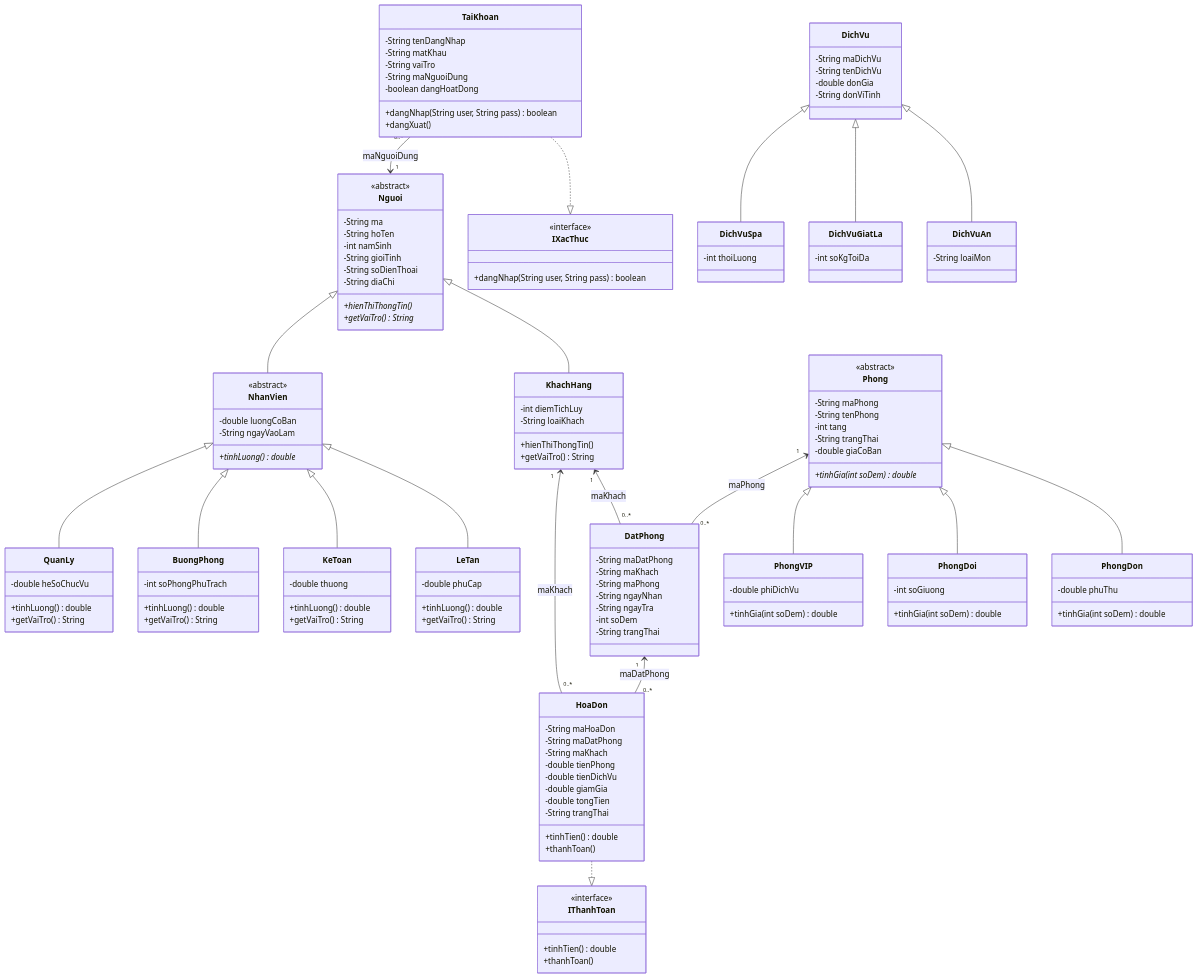
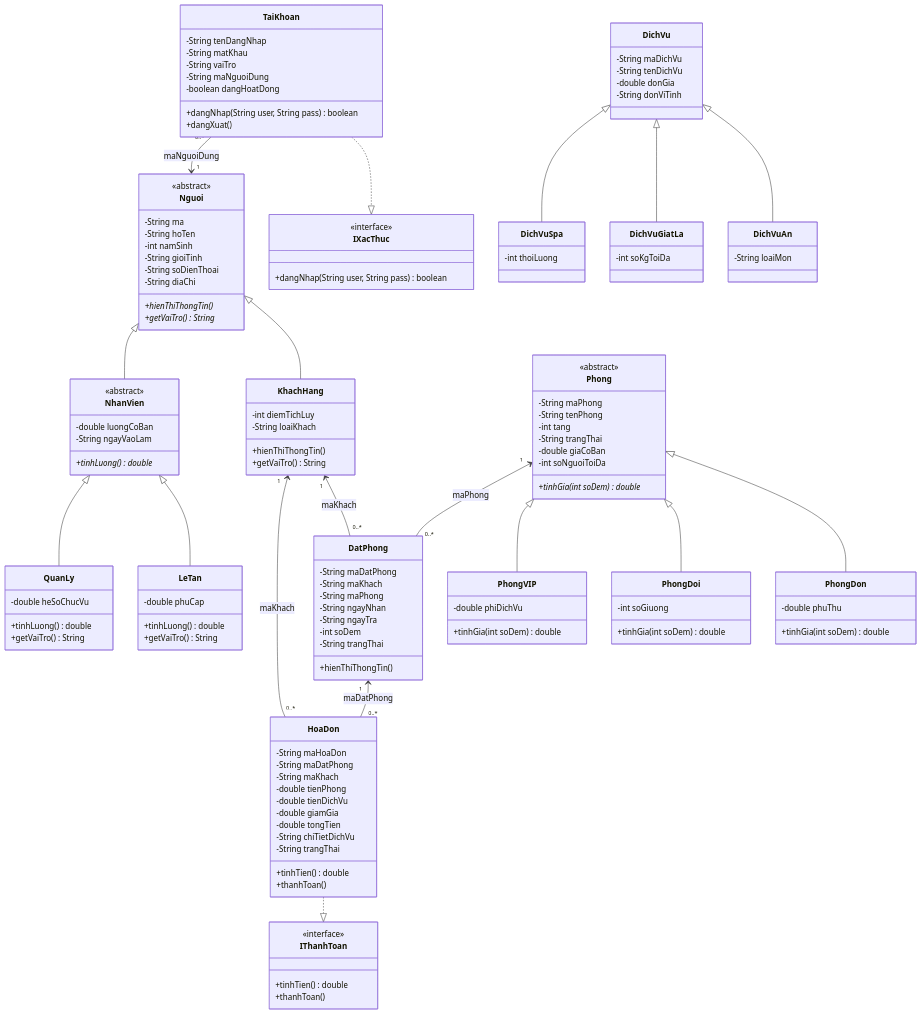
One commit to PhuocHieuLe/HotelManagement changed the diagram in class-diagram.md. Above: the diagram before and after it, drawn with Mermaid. The commit also changed 19 other files, not shown here.

````diff
--- a/class-diagram.md
+++ b/class-diagram.md
@@ -34,18 +34,6 @@
         +getVaiTro() String
     }
 
-    class KeToan {
-        -double thuong
-        +tinhLuong() double
-        +getVaiTro() String
-    }
-
-    class BuongPhong {
-        -int soPhongPhuTrach
-        +tinhLuong() double
-        +getVaiTro() String
-    }
-
     class QuanLy {
         -double heSoChucVu
         +tinhLuong() double
@@ -59,6 +47,7 @@
         -int tang
         -String trangThai
         -double giaCoBan
+        -int soNguoiToiDa
         +tinhGia(int soDem) double*
     }
 
@@ -104,6 +93,7 @@
         -String ngayTra
         -int soDem
         -String trangThai
+        +hienThiThongTin()
     }
 
     class HoaDon {
@@ -114,6 +104,7 @@
         -double tienDichVu
         -double giamGia
         -double tongTien
+        -String chiTietDichVu
         -String trangThai
         +tinhTien() double
         +thanhToan()
@@ -143,8 +134,6 @@
     Nguoi <|-- KhachHang
     Nguoi <|-- NhanVien
     NhanVien <|-- LeTan
-    NhanVien <|-- KeToan
-    NhanVien <|-- BuongPhong
     NhanVien <|-- QuanLy
 
     Phong <|-- PhongDon
@@ -157,10 +146,10 @@
 
     TaiKhoan ..|> IXacThuc
     HoaDon ..|> IThanhToan
-
     KhachHang "1" <-- "0..*" DatPhong : maKhach
     Phong "1" <-- "0..*" DatPhong : maPhong
     DatPhong "1" <-- "0..*" HoaDon : maDatPhong
     KhachHang "1" <-- "0..*" HoaDon : maKhach
     TaiKhoan "0..*" --> "1" Nguoi : maNguoiDung
+
 ```
````
